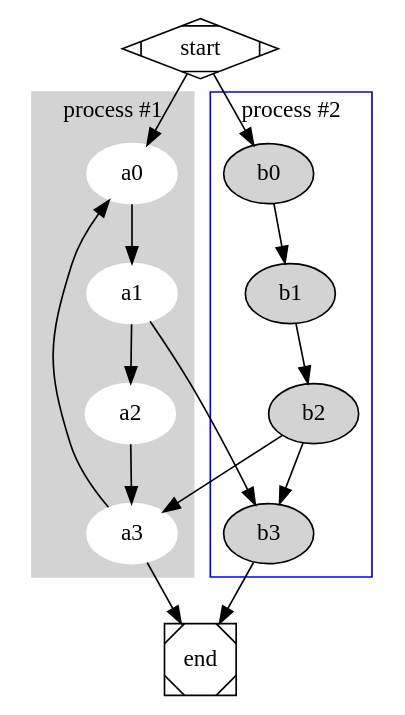
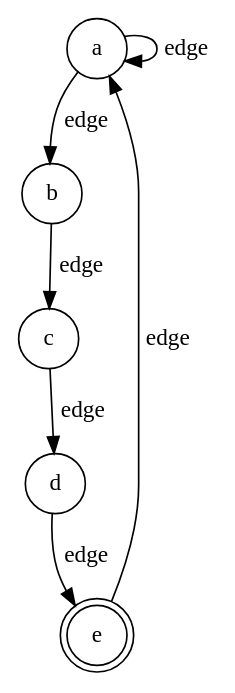
The diagram in 2025-1/AT/AT Test.md (leekyeongjun/JunsVault), drawn with Graphviz before and after one commit. The commit also changed other lines of this file and 6 other files, not shown here.

````diff
--- a/2025-1/AT/AT Test.md
+++ b/2025-1/AT/AT Test.md
@@ -50,5 +3,24 @@
 ```dot
-digraph G 
-{ subgraph cluster_0 { style=filled; color=lightgrey; node [style=filled,color=white]; a0 -> a1 -> a2 -> a3; label = "process #1"; } subgraph cluster_1 { node [style=filled]; b0 -> b1 -> b2 -> b3; label = "process #2"; color=blue } start -> a0; start -> b0; a1 -> b3; b2 -> a3; a3 -> a0; a3 -> end; b3 -> end; start [shape=Mdiamond]; end [shape=Msquare]; }
+digraph G {
+    // Set default node style
+    node [shape=circle, style=filled, color=black, fillcolor=white];
+
+    // Define nodes
+    a;
+    b;
+    c;
+    d;
+    e [shape=doublecircle]; // Node "e" as double circle
+
+    // Define edges with labels
+    a -> b [label="edge"];
+    b -> c [label="edge"];
+    c -> d [label="edge"];
+    d -> e [label="edge"];
+    e -> a [label="edge"];
+
+    // Self-loop on "a"
+    a -> a [label="edge"];
+}
 
 ```
````
